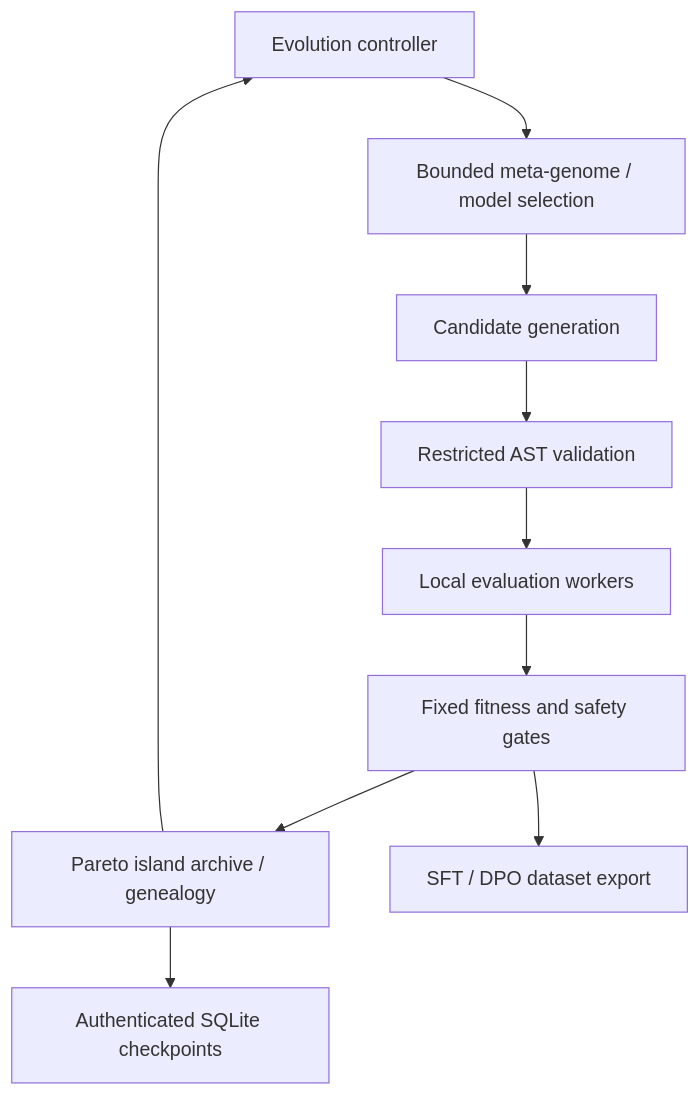
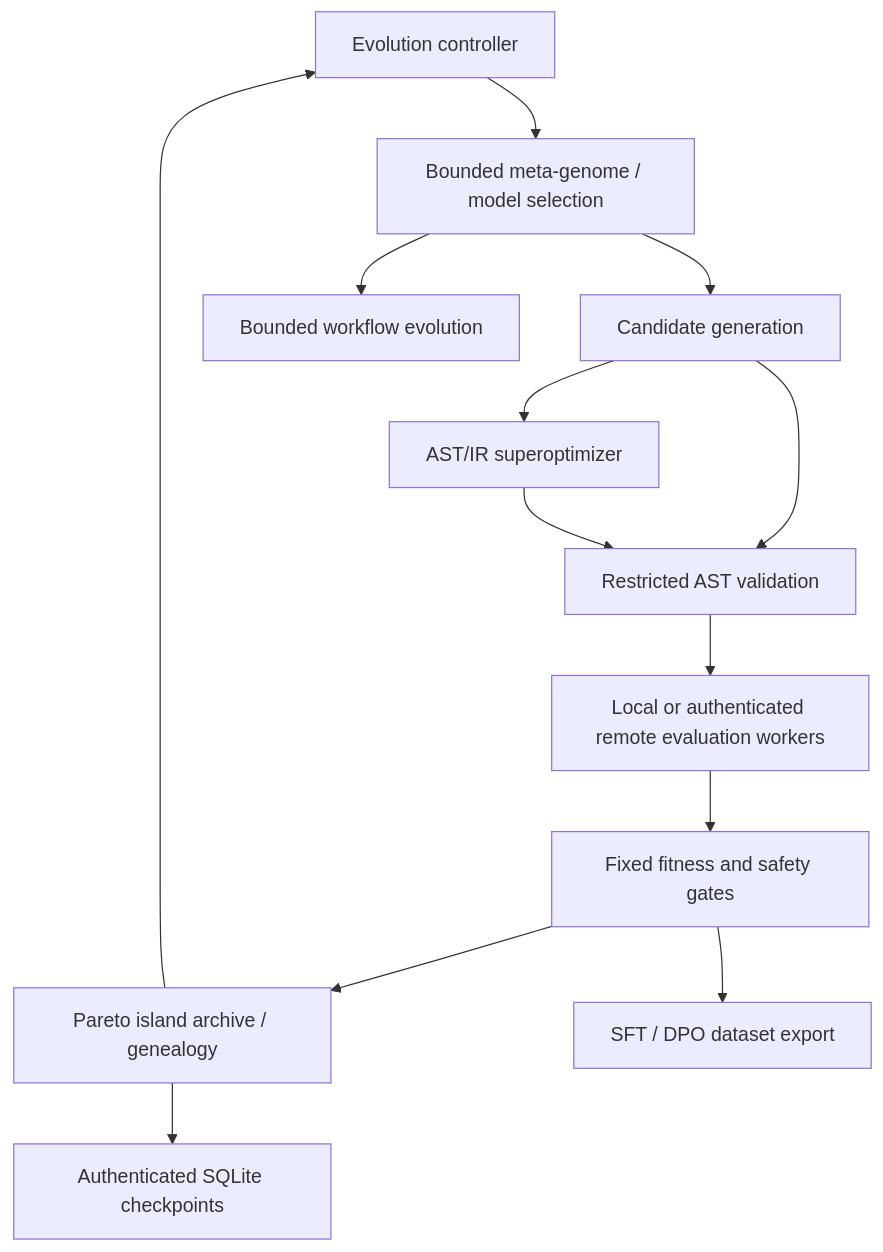
One commit to mojealterego/Omega-X-Evolution- changed the diagram in README.md. Above: the diagram before and after it, drawn with Mermaid. The commit also changed other lines of this file and 14 other files, not shown here.

Commit message:
feat: add leased remote evaluation, bounded meta-agent evolution and AST/IR optimizer (v4.1-v6)

````diff
--- a/README.md
+++ b/README.md
@@ -18,12 +18,15 @@
 ```mermaid
 flowchart TD
     A["Evolution controller"] --> B["Bounded meta-genome / model selection"]
     B --> C["Candidate generation"]
     C --> D["Restricted AST validation"]
-    D --> E["Local evaluation workers"]
+    D --> E["Local or authenticated remote evaluation workers"]
+    B --> J["Bounded workflow evolution"]
+    C --> K["AST/IR superoptimizer"]
+    K --> D
     E --> F["Fixed fitness and safety gates"]
     F --> G["Pareto island archive / genealogy"]
     G --> A
     G --> H["Authenticated SQLite checkpoints"]
     F --> I["SFT / DPO dataset export"]
 ```
````
